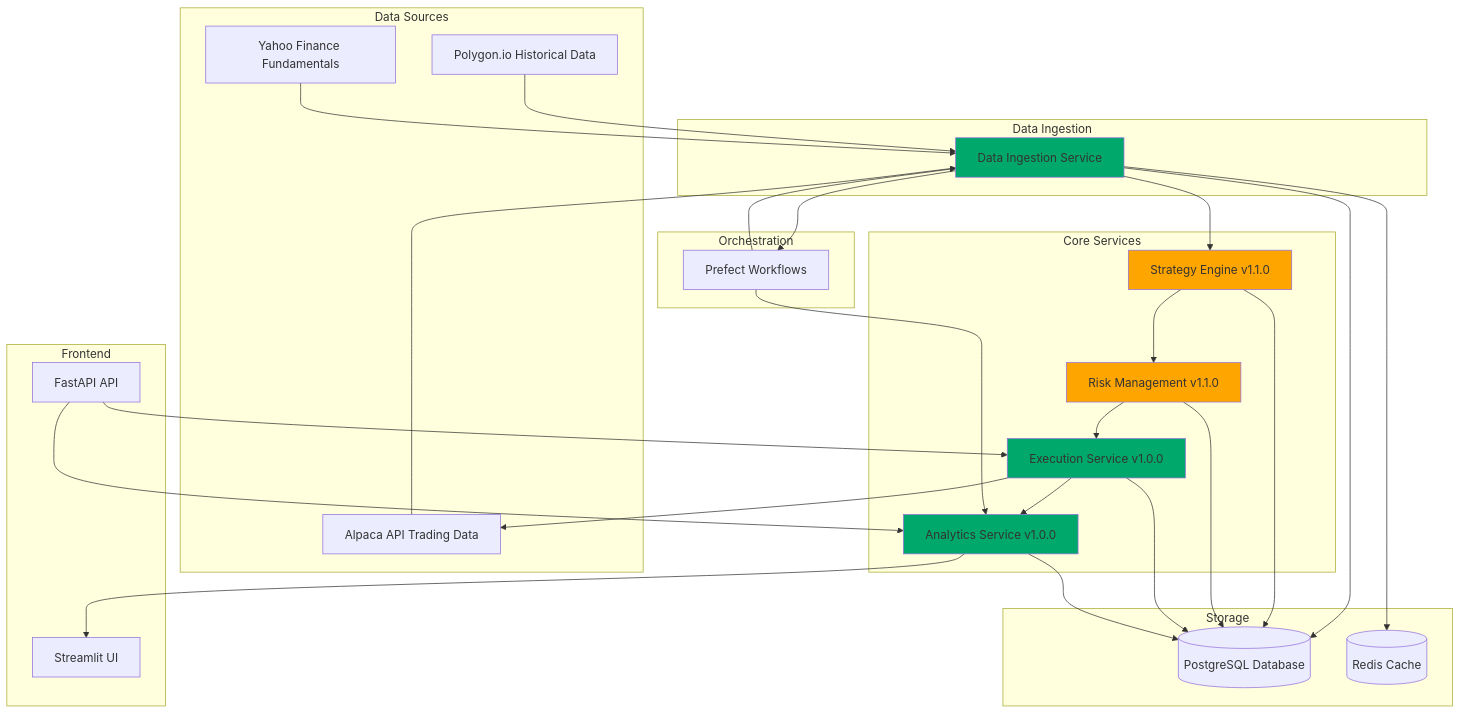
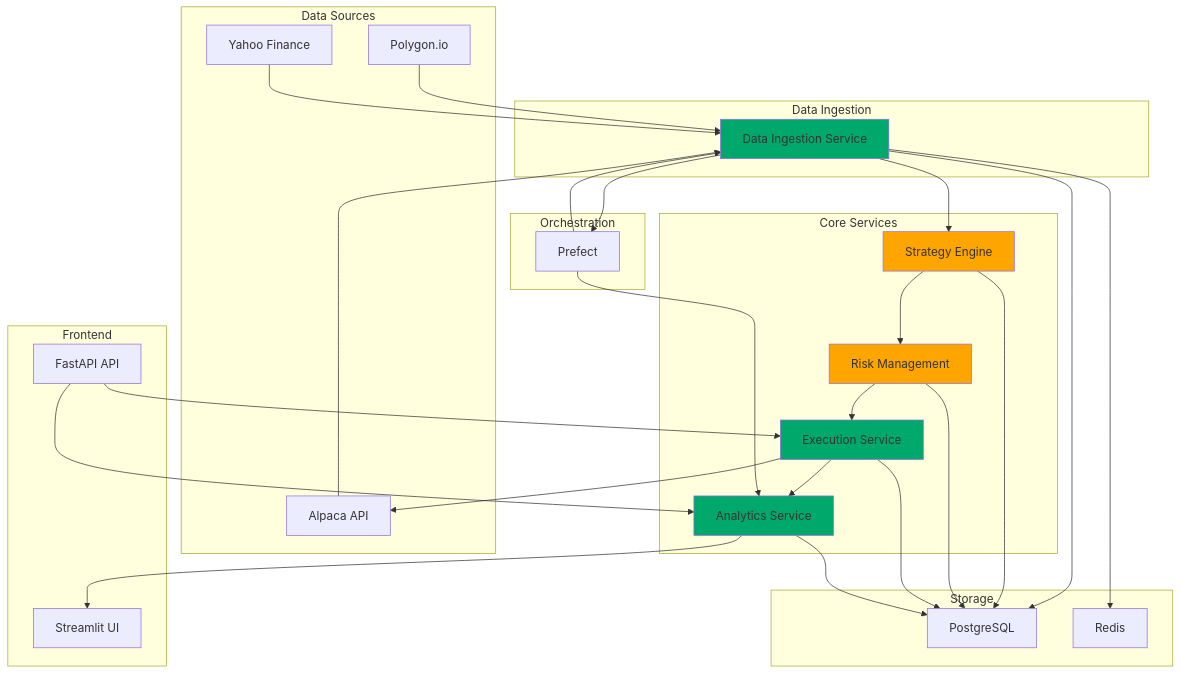
One commit to nishantnayar/Trading-System changed the diagram in docs/index.md. Above: the diagram before and after it, drawn with Mermaid.

````diff
--- a/docs/index.md
+++ b/docs/index.md
@@ -81,65 +81,65 @@
 ```mermaid
 graph TB
-    subgraph "Data Sources"
-        Polygon[Polygon.io Historical Data]
-        Yahoo[Yahoo Finance Fundamentals]
-        AlpacaExt[Alpaca API Trading Data]
+    subgraph DataSources["Data Sources"]
+        Polygon[Polygon.io]
+        Yahoo[Yahoo Finance]
+        AlpacaExt[Alpaca API]
     end
     
-    subgraph "Data Ingestion"
+    subgraph DataIngestionGroup["Data Ingestion"]
         DataIngestion[Data Ingestion Service]
     end
     
-    subgraph "Core Services"
-        Strategy[Strategy Engine v1.1.0]
-        Risk[Risk Management v1.1.0]
-        Execution[Execution Service v1.0.0]
-        Analytics[Analytics Service v1.0.0]
+    subgraph CoreServices["Core Services"]
+        Strategy[Strategy Engine]
+        Risk[Risk Management]
+        Execution[Execution Service]
+        Analytics[Analytics Service]
     end
     
-    subgraph "Storage"
-        PostgreSQL[(PostgreSQL Database)]
-        Redis[(Redis Cache)]
+    subgraph Storage["Storage"]
+        PostgreSQL[PostgreSQL]
+        Redis[Redis]
     end
     
-    subgraph "Orchestration"
-        Prefect[Prefect Workflows]
+    subgraph Orchestration["Orchestration"]
+        Prefect[Prefect]
     end
     
-    subgraph "Frontend"
+    subgraph Frontend["Frontend"]
         Streamlit[Streamlit UI]
         FastAPI[FastAPI API]
     end
     
     Polygon --> DataIngestion
     Yahoo --> DataIngestion
     AlpacaExt --> DataIngestion
     
     DataIngestion --> PostgreSQL
     DataIngestion --> Redis
     DataIngestion --> Prefect
     
     DataIngestion --> Strategy
     Strategy --> Risk
     Risk --> Execution
     Execution --> Analytics
     
     Strategy --> PostgreSQL
     Risk --> PostgreSQL
     Execution --> PostgreSQL
     Analytics --> PostgreSQL
     
     Execution --> AlpacaExt
     Analytics --> Streamlit
     FastAPI --> Execution
     FastAPI --> Analytics
     
     Prefect --> DataIngestion
     Prefect --> Analytics
     
     style DataIngestion fill:#00A86B
     style Execution fill:#00A86B
     style Analytics fill:#00A86B
     style Strategy fill:#FFA500
     style Risk fill:#FFA500
 ```
````
